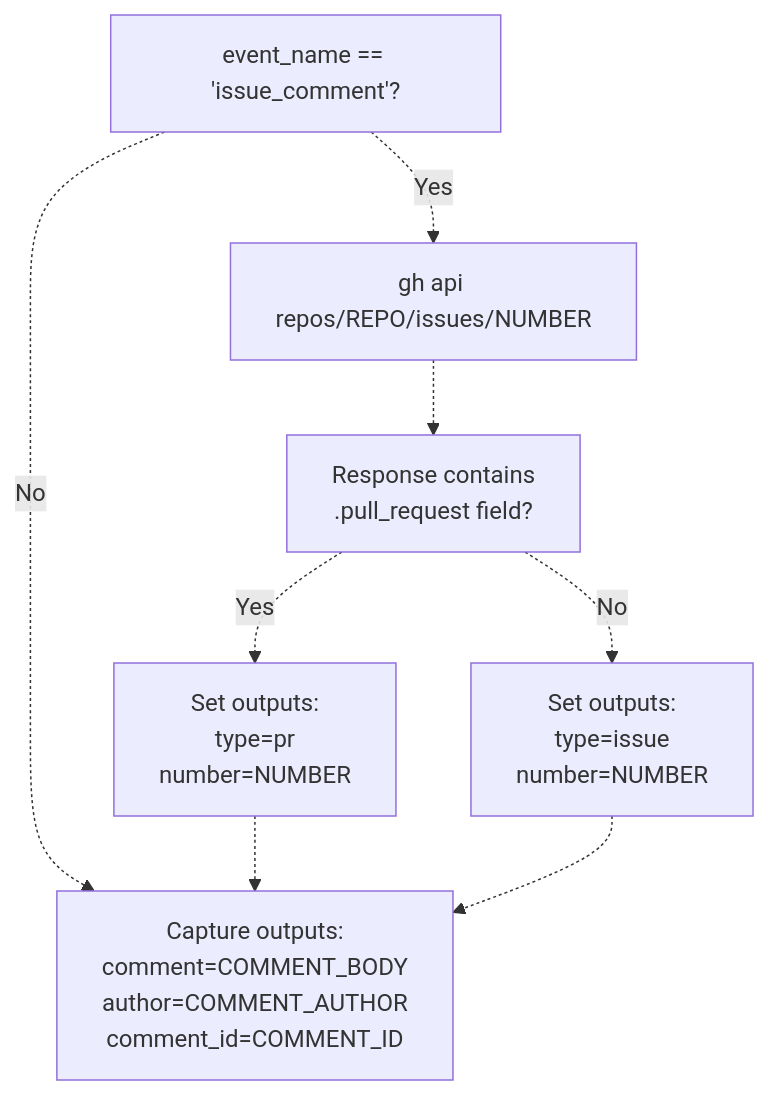
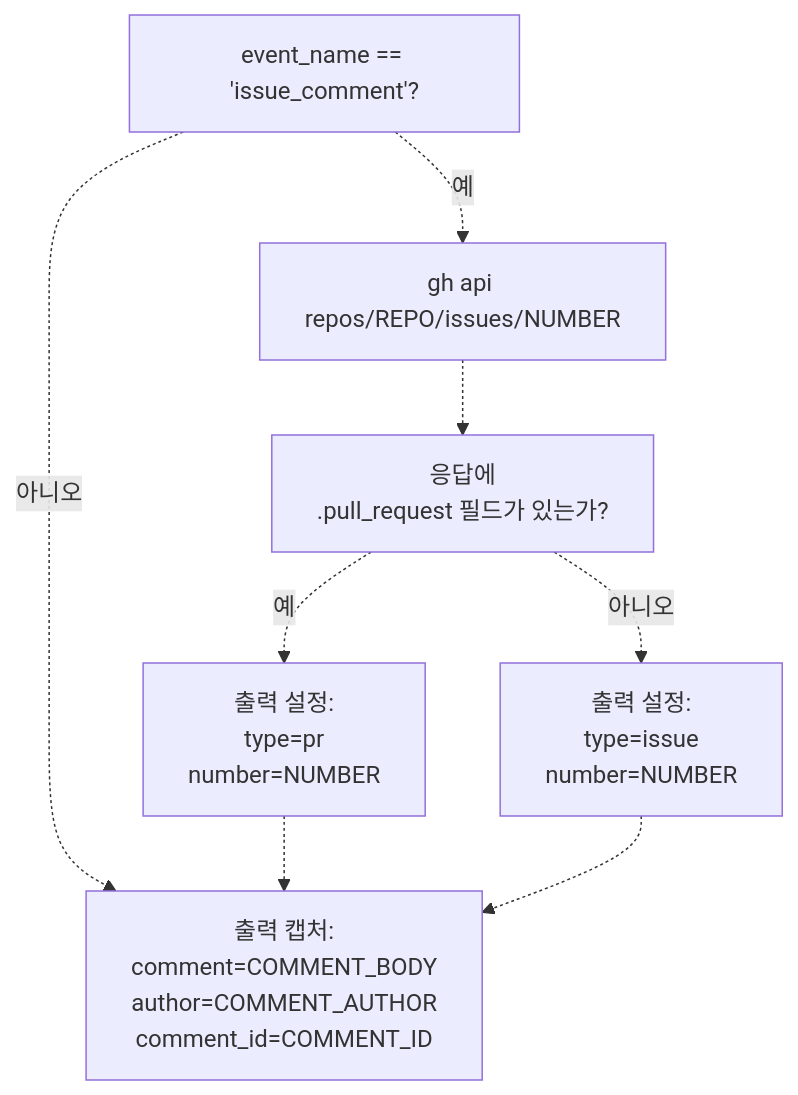
Before and after one commit to felipetruman/oh-my-opencode-docs: the fifth of 9 diagrams in docs/automation/sisyphus-agent-workflow.md, drawn with Mermaid. The commit also changed other lines of this file and 76 other files, not shown here.

````diff
--- a/docs/automation/sisyphus-agent-workflow.md
+++ b/docs/automation/sisyphus-agent-workflow.md
@@ -282,18 +262,18 @@
 ```mermaid
 flowchart TD
 
 EventName["event_name == 'issue_comment'?"]
 FetchIssue["gh api repos/REPO/issues/NUMBER"]
-CheckPR["Response contains<br>.pull_request field?"]
-SetPR["Set outputs:<br>type=pr<br>number=NUMBER"]
-SetIssue["Set outputs:<br>type=issue<br>number=NUMBER"]
-CaptureComment["Capture outputs:<br>comment=COMMENT_BODY<br>author=COMMENT_AUTHOR<br>comment_id=COMMENT_ID"]
+CheckPR["응답에<br>.pull_request 필드가 있는가?"]
+SetPR["출력 설정:<br>type=pr<br>number=NUMBER"]
+SetIssue["출력 설정:<br>type=issue<br>number=NUMBER"]
+CaptureComment["출력 캡처:<br>comment=COMMENT_BODY<br>author=COMMENT_AUTHOR<br>comment_id=COMMENT_ID"]
 
-EventName -.->|"Yes"| FetchIssue
-EventName -.->|"No"| CaptureComment
+EventName -.->|"예"| FetchIssue
+EventName -.->|"아니오"| CaptureComment
 FetchIssue -.-> CheckPR
-CheckPR -.->|"Yes"| SetPR
-CheckPR -.->|"No"| SetIssue
+CheckPR -.->|"예"| SetPR
+CheckPR -.->|"아니오"| SetIssue
 SetPR -.-> CaptureComment
 SetIssue -.-> CaptureComment
 ```
````
